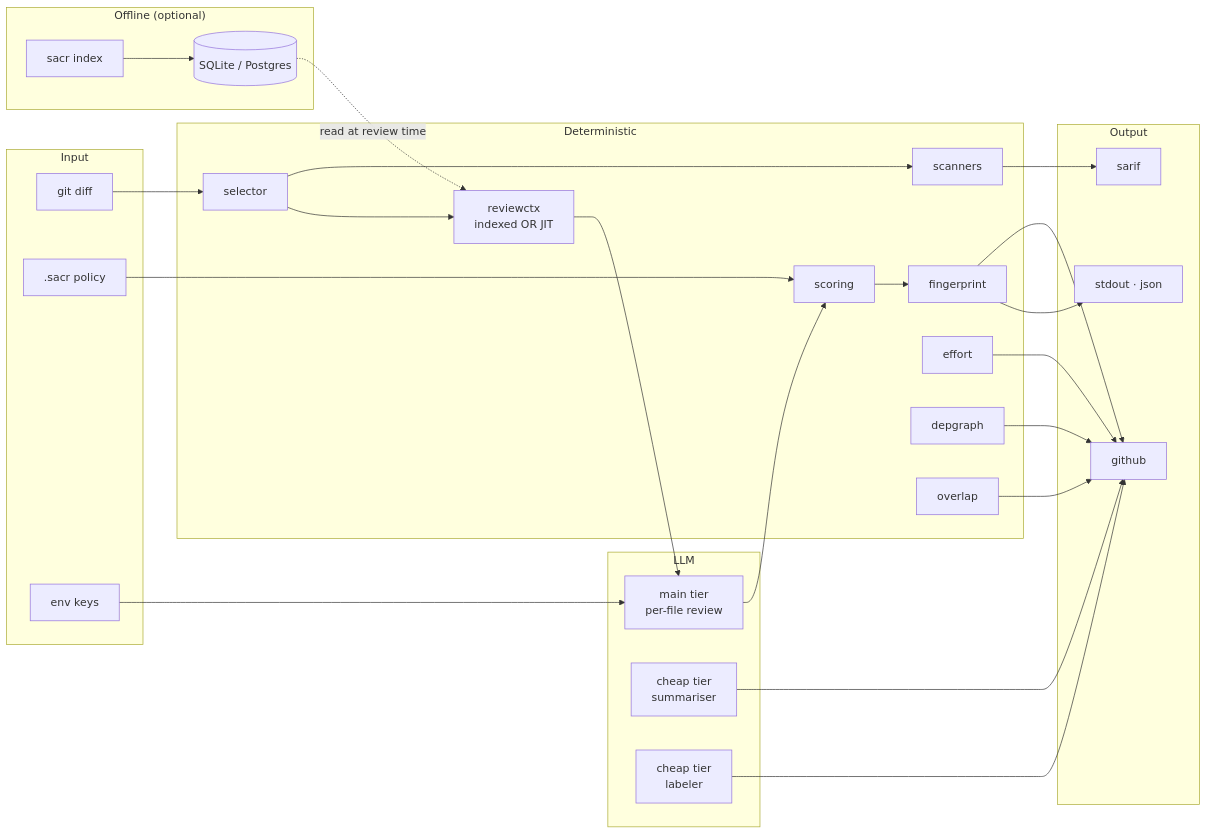
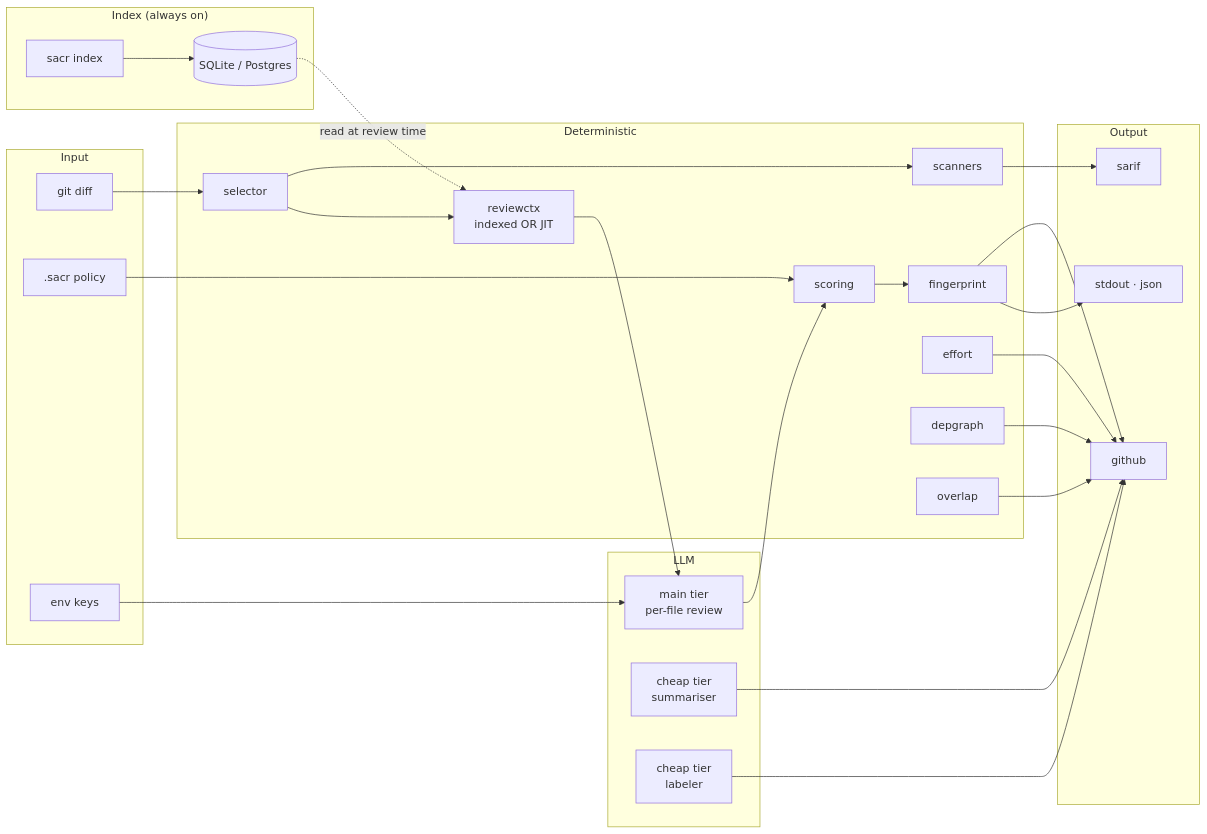
One commit to shubam-disseqt/shubam-ai-code-reviewer changed the first of 2 diagrams in README.md. Above: the diagram before and after it, drawn with Mermaid. The commit also changed other lines of this file and 31 other files, not shown here.

Commit message:
feat(index): always-on per-repo index; drop ponytail prompt experiment

````diff
--- a/README.md
+++ b/README.md
@@ -81,49 +81,49 @@
 ```mermaid
 flowchart LR
-  subgraph Offline["Offline (optional)"]
+  subgraph Offline["Index (always on)"]
     IX0["sacr index"] --> IX1[(SQLite / Postgres)]
   end
 
   subgraph Input
     A1[git diff]
     A2[.sacr policy]
     A3[env keys]
   end
 
   subgraph Deterministic
     B1[selector]
     B2[scanners]
     B3[scoring]
     B4[fingerprint]
     B5[effort]
     B6[depgraph]
     B7[overlap]
     CTX["reviewctx<br/>indexed OR JIT"]
   end
 
   subgraph LLM
     C1[main tier<br/>per-file review]
     C2[cheap tier<br/>summariser]
     C3[cheap tier<br/>labeler]
   end
 
   subgraph Output
     D1[stdout · json]
     D3[github]
     D4[sarif]
   end
 
   A1 --> B1 --> CTX --> C1
   IX1 -. read at review time .-> CTX
   A2 --> B3
   A3 --> C1
   B1 --> B2
   C1 --> B3 --> B4 --> D1
   B4 --> D3
   B2 --> D4
   B5 --> D3
   B6 --> D3
   B7 --> D3
   C2 --> D3
   C3 --> D3
 ```
````
